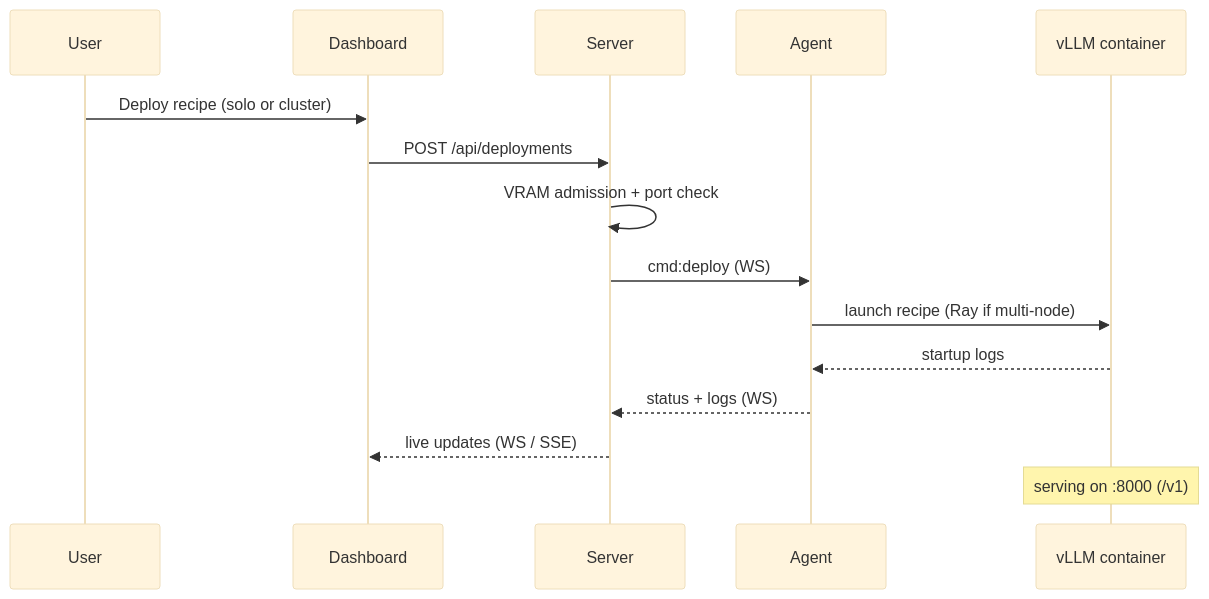
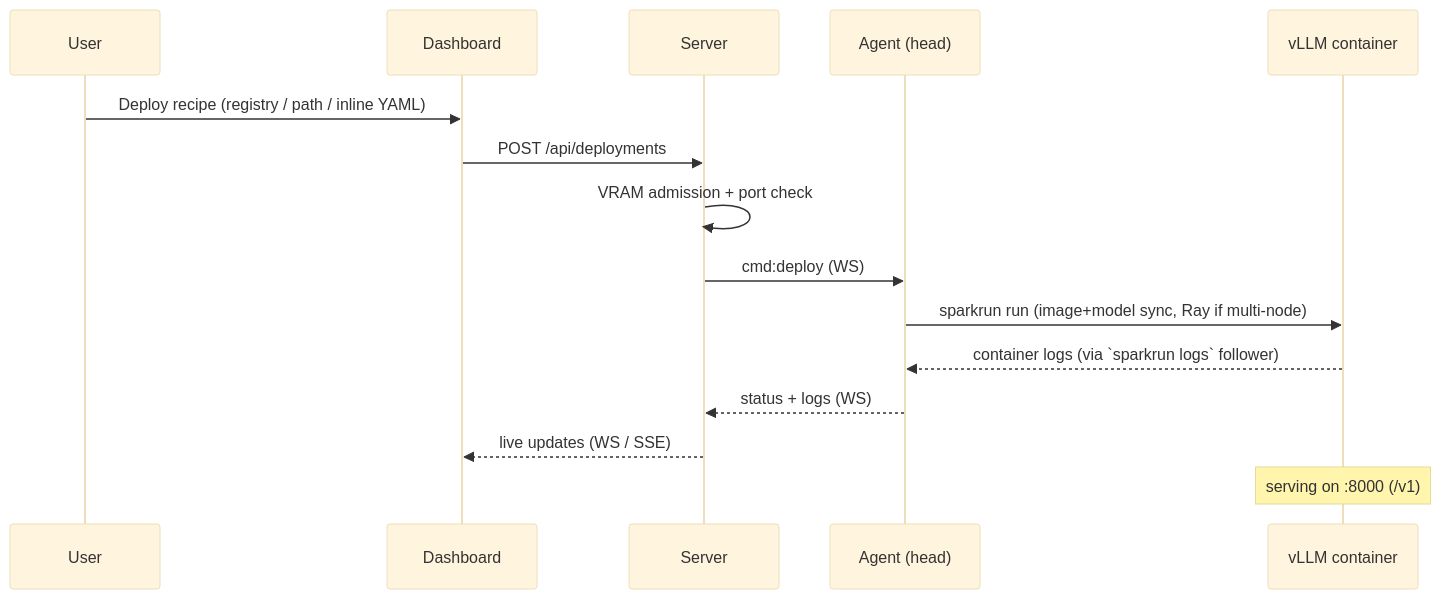
One commit to kreuzhofer/dgx-manager changed the second of 2 diagrams in README.md. Above: the diagram before and after it, drawn with Mermaid (base theme). The commit also changed other lines of this file and 3 other files, not shown here.

First line of the commit message:
docs: refresh README/SELF-HOSTING/CLAUDE/ROADMAP for the sparkrun deploy backend

````diff
--- a/README.md
+++ b/README.md
@@ -40,17 +43,17 @@
 ```mermaid
 sequenceDiagram
     participant U as User
     participant D as Dashboard
     participant S as Server
-    participant A as Agent
+    participant A as Agent (head)
     participant C as vLLM container
-    U->>D: Deploy recipe (solo or cluster)
+    U->>D: Deploy recipe (registry / path / inline YAML)
     D->>S: POST /api/deployments
     S->>S: VRAM admission + port check
     S->>A: cmd:deploy (WS)
-    A->>C: launch recipe (Ray if multi-node)
-    C-->>A: startup logs
+    A->>C: sparkrun run (image+model sync, Ray if multi-node)
+    C-->>A: container logs (via `sparkrun logs` follower)
     A-->>S: status + logs (WS)
     S-->>D: live updates (WS / SSE)
     Note over C: serving on :8000 (/v1)
 ```
````
